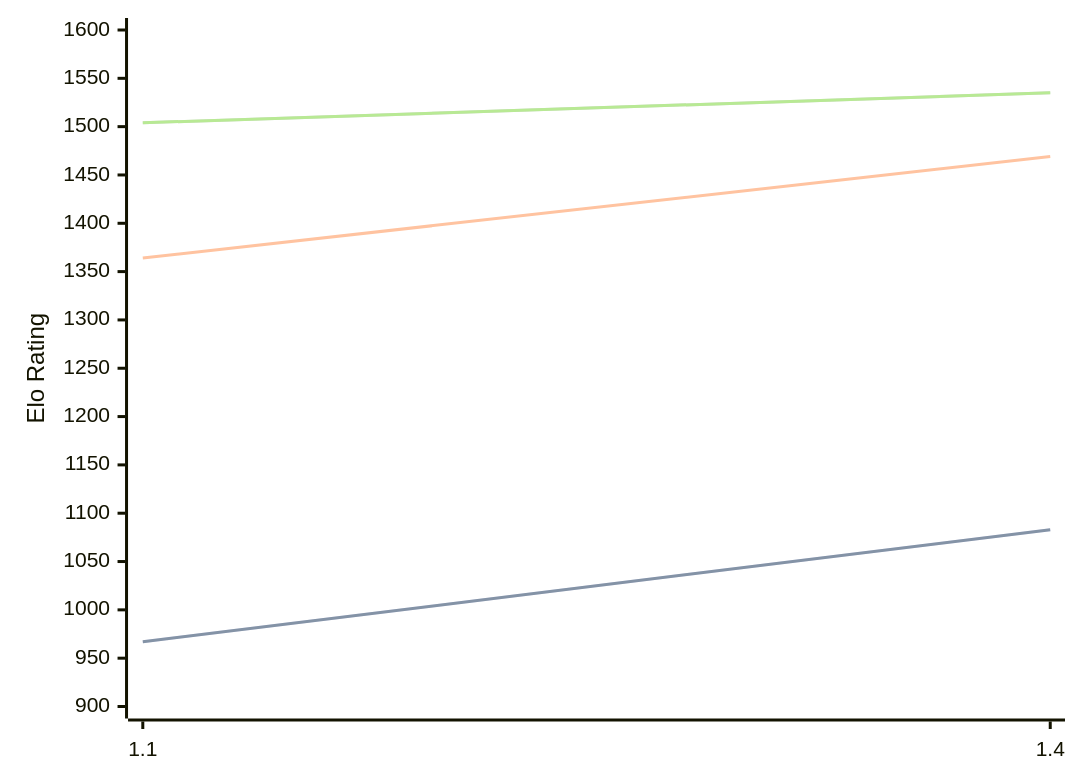
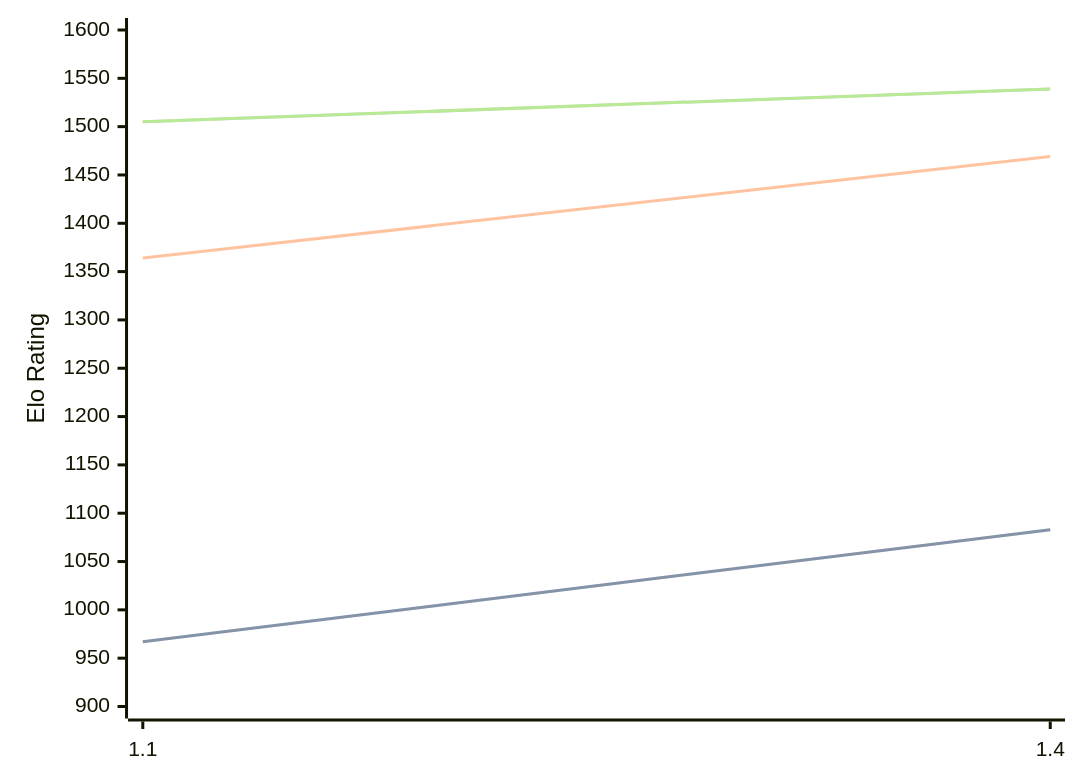
Before and after one commit to computer-chess-index/cci: the diagram in engines/USunfish.md, drawn with Mermaid. The commit also changed other lines of this file, not shown here.

Commit message:
Update CCI Ratings (ELO VLTC) - 2026-10-02

````diff
--- a/engines/USunfish.md
+++ b/engines/USunfish.md
@@ -37,11 +37,11 @@
 ```mermaid
 %%{init: {"theme":"base","themeVariables":{"seriesColors:['#a3a3a3','#222221','#faa371']}}}%%
 xychart-beta
   x-axis ["1.1", "1.4"]
   y-axis "Elo Rating" 900 --> 1600
   line "" [967, 1083]
   line "STC (8.0+0.08s)" [967, 1083]
   line "LTC (60.0+0.60s)" [1364, 1469]
-  line "" [1504, 1535]
-  line "VLTC (2m24s+1.12s)" [1504, 1535]
+  line "" [1505, 1539]
+  line "VLTC (2m24s+1.12s)" [1505, 1539]
 ```
````
